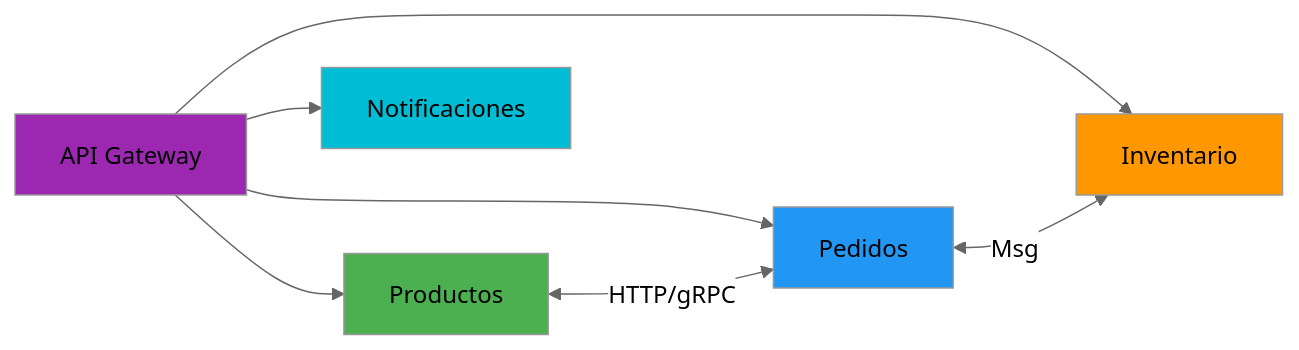
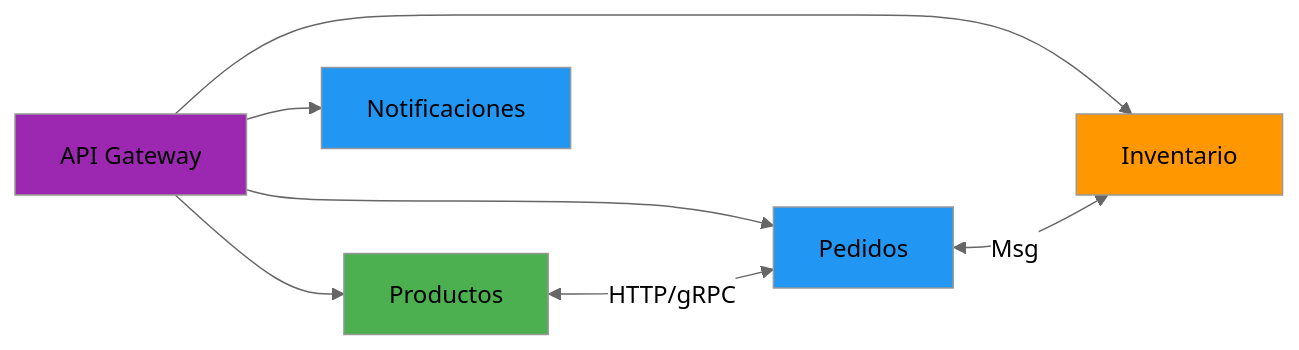
One commit to joseluisgs/DesarrolloWebEntornosServidor-01-2026-2027 changed diagram 17 of 17 in csharp_inicial/05-PatronesArquitecturas.md. Above: the diagram before and after it, drawn with Mermaid (neutral theme). The commit also changed other lines of this file and 77 other files, not shown here.

````diff
--- a/csharp_inicial/05-PatronesArquitecturas.md
+++ b/csharp_inicial/05-PatronesArquitecturas.md
@@ -807,16 +811,16 @@
 ```mermaid
 graph LR
     G["API Gateway"] --> P["Productos"]
     G --> PE["Pedidos"]
     G --> I["Inventario"]
     G --> N["Notificaciones"]
     
     P <-->|HTTP/gRPC| PE
     PE <-->|Msg| I
     
     style G fill:#9C27B0
     style P fill:#4CAF50
     style PE fill:#2196F3
     style I fill:#FF9800
-    style N fill:#00BCD4
+    style N fill:#2196F3
 ```
````
